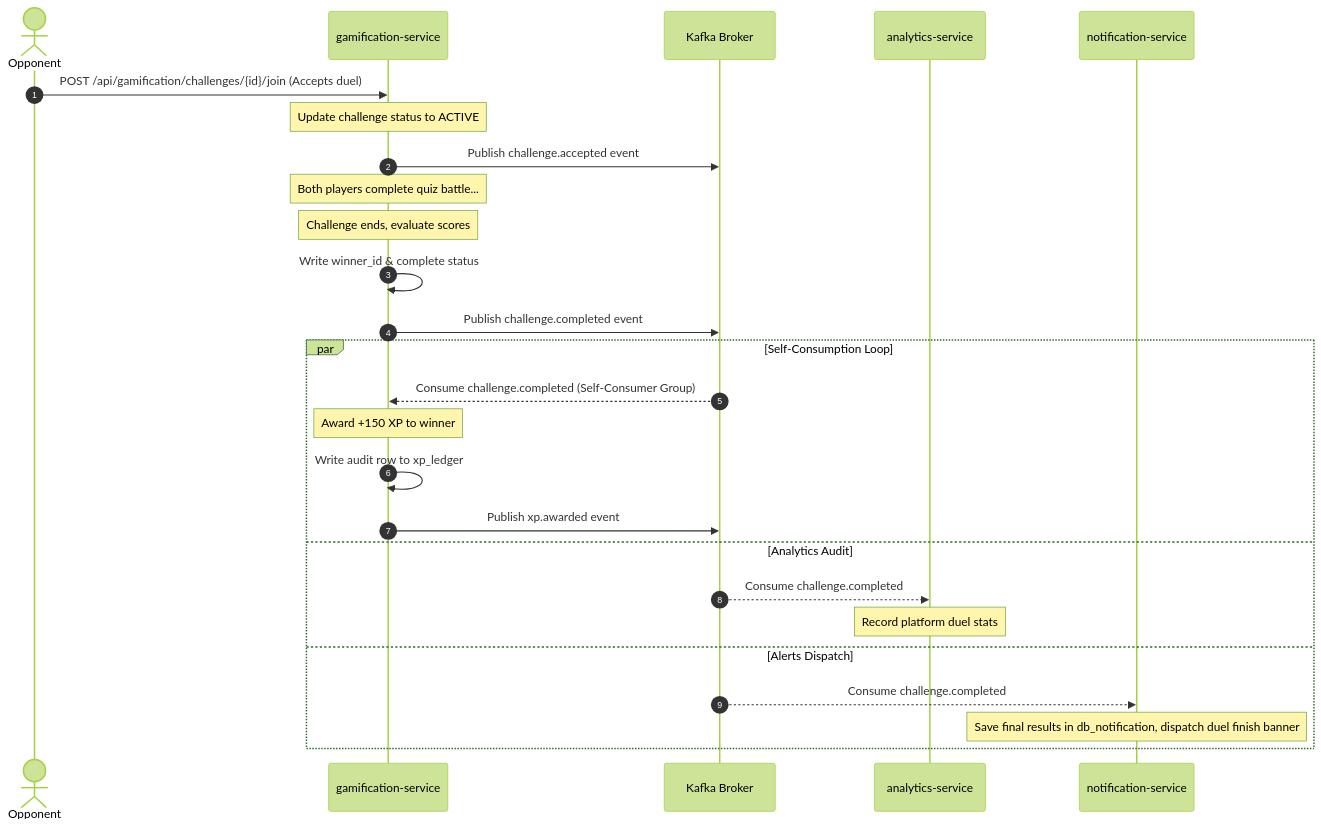
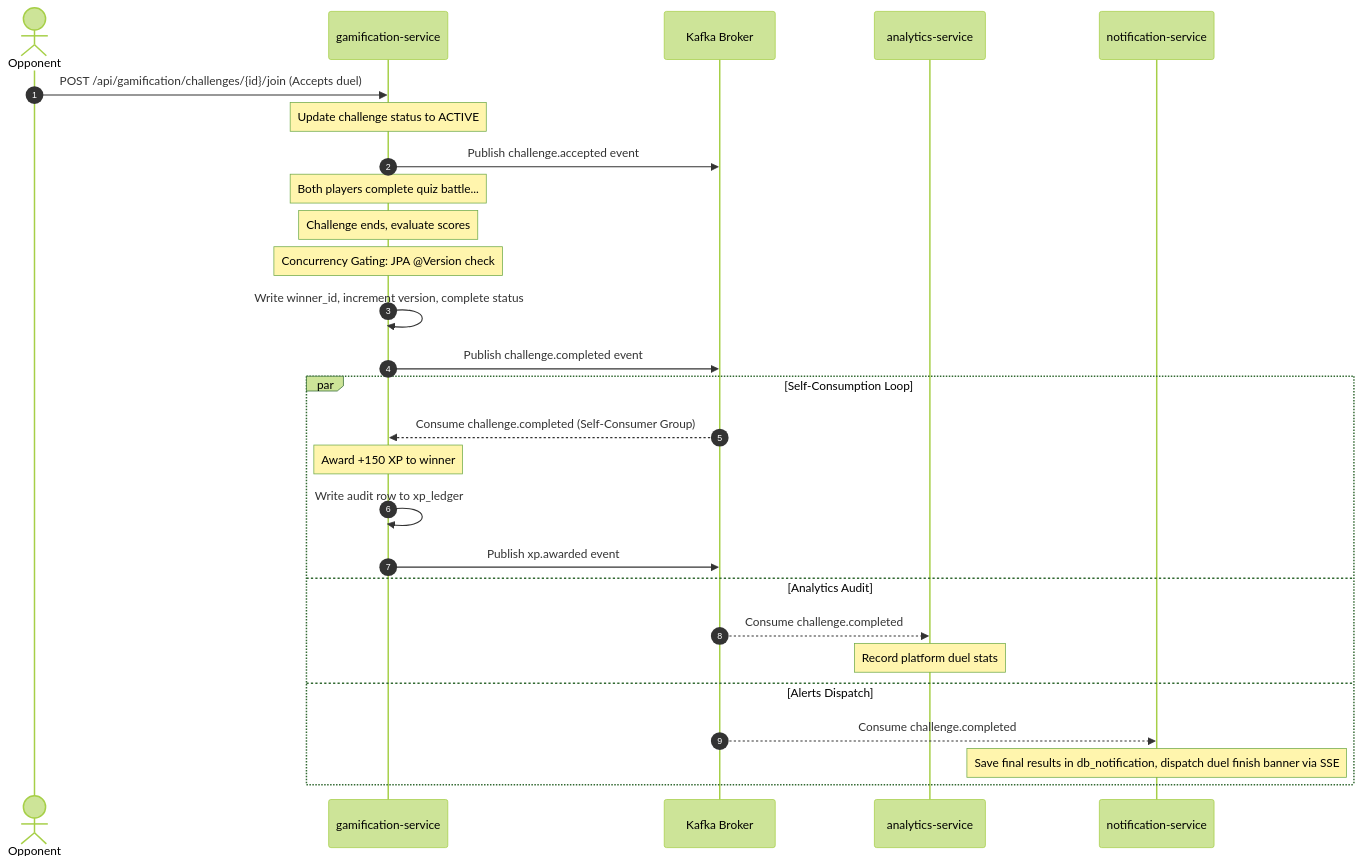
Before and after one commit to ulthimanju/capstone: the fifth of 5 diagrams in DOC/LLD.md, drawn with Mermaid (forest theme). The commit also changed other lines of this file and 7 other files, not shown here.

````diff
--- a/DOC/LLD.md
+++ b/DOC/LLD.md
@@ -695,32 +773,33 @@
 ```mermaid
 sequenceDiagram
     autonumber
     actor Opponent
     participant GamifySvc as gamification-service
     participant Kafka as Kafka Broker
     participant AnalyticsSvc as analytics-service
     participant NotifSvc as notification-service
 
     Opponent->>GamifySvc: POST /api/gamification/challenges/{id}/join (Accepts duel)
     Note over GamifySvc: Update challenge status to ACTIVE
     GamifySvc->>Kafka: Publish challenge.accepted event
     
     Note over GamifySvc: Both players complete quiz battle...
     Note over GamifySvc: Challenge ends, evaluate scores
-    GamifySvc->>GamifySvc: Write winner_id & complete status
+    Note over GamifySvc: Concurrency Gating: JPA @Version check
+    GamifySvc->>GamifySvc: Write winner_id, increment version, complete status
     
     GamifySvc->>Kafka: Publish challenge.completed event
     
     par Self-Consumption Loop
         Kafka-->>GamifySvc: Consume challenge.completed (Self-Consumer Group)
         Note over GamifySvc: Award +150 XP to winner
         GamifySvc->>GamifySvc: Write audit row to xp_ledger
         GamifySvc->>Kafka: Publish xp.awarded event
     and Analytics Audit
         Kafka-->>AnalyticsSvc: Consume challenge.completed
         Note over AnalyticsSvc: Record platform duel stats
     and Alerts Dispatch
         Kafka-->>NotifSvc: Consume challenge.completed
-        Note over NotifSvc: Save final results in db_notification, dispatch duel finish banner
+        Note over NotifSvc: Save final results in db_notification, dispatch duel finish banner via SSE
     end
 ```
````
